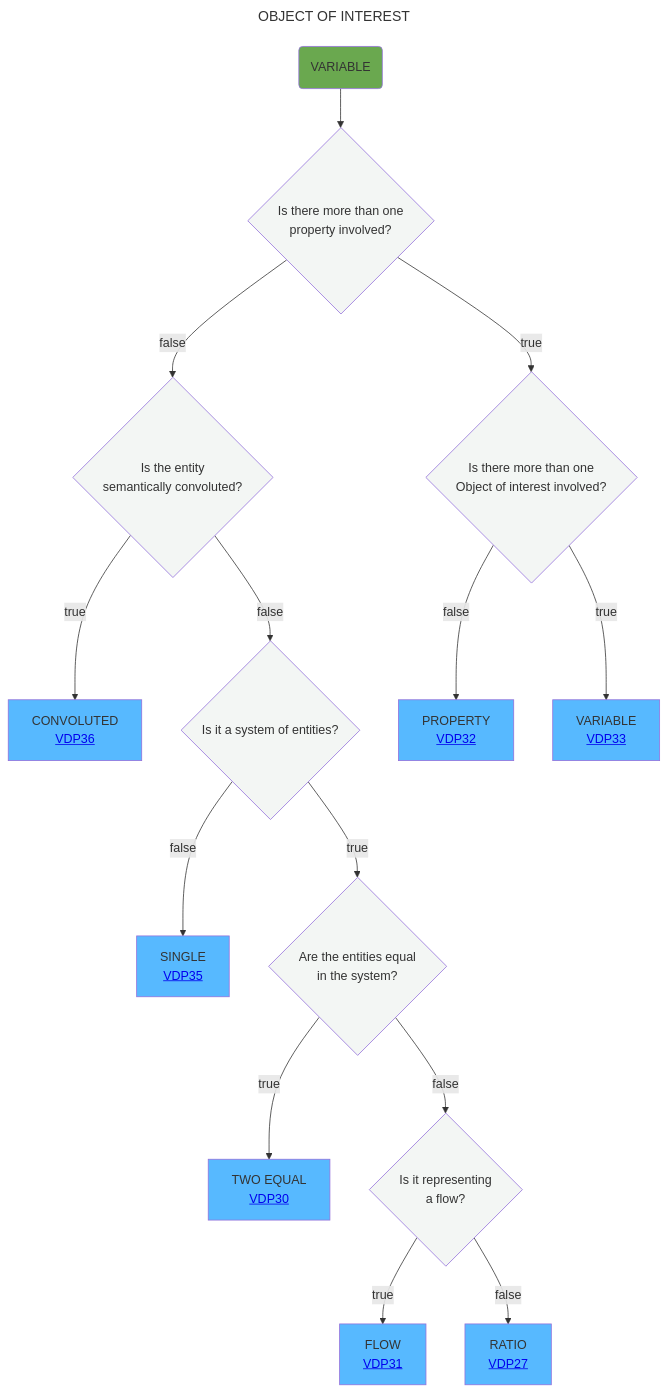
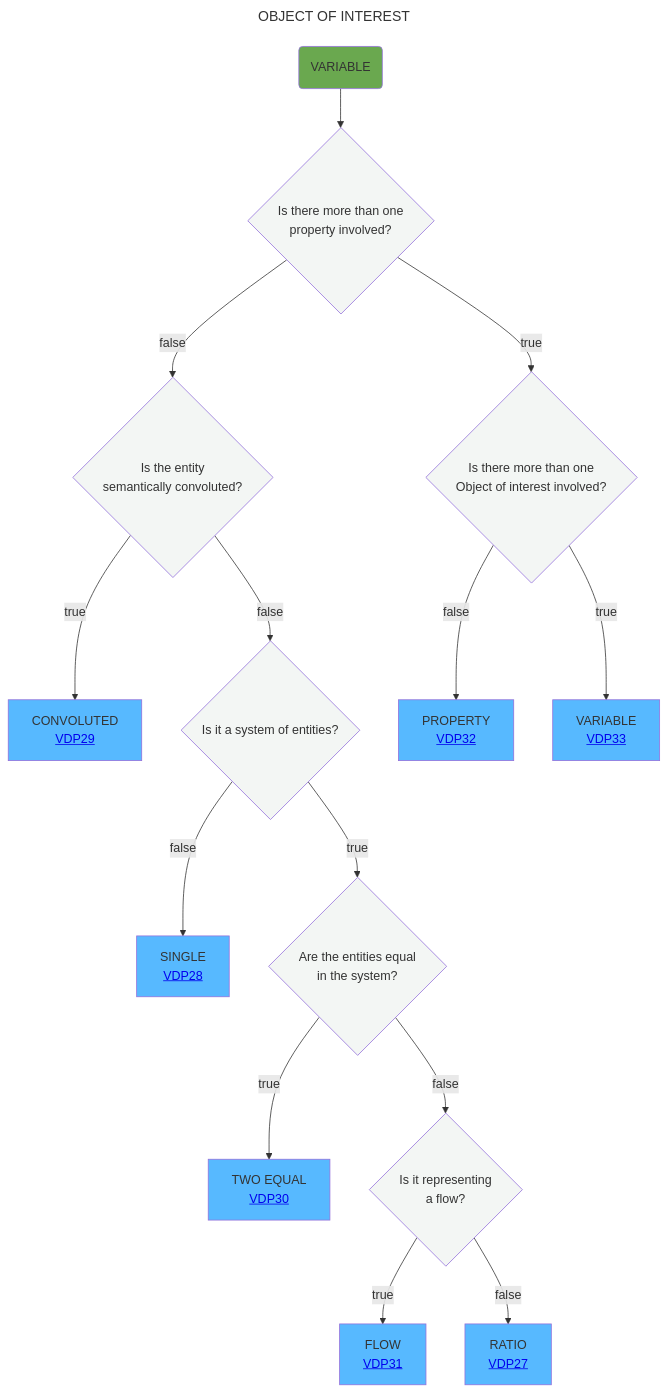
The diagram in Decisition_trees/DT5.mmd (mabablue/I-ADOPT-patterns-playground), drawn with Mermaid before and after one commit.

```diff
--- a/Decisition_trees/DT5.mmd
+++ b/Decisition_trees/DT5.mmd
@@ -1,21 +1,21 @@
 ---
 title: OBJECT OF INTEREST
 ---
 flowchart TD
     A(VARIABLE):::green --> AB{Is there more than one <br> property involved?}:::white
     AB --> |false|B{Is the entity <br> semantically convoluted?}:::white
     AB --> |true|O{Is there more than one <br> Object of interest involved?}:::white
-    B --> |true|C[CONVOLUTED <br> <a href='https://github.com/mabablue/I-ADOPT-patterns-playground/blob/main/pattern/VDP36.yaml'>VDP36</a>]:::satblue
+    B --> |true|C[CONVOLUTED <br> <a href='https://github.com/mabablue/I-ADOPT-patterns-playground/blob/main/pattern/VDP29.yaml'>VDP29</a>]:::satblue
     B --> |false|D{Is it a system of entities?}:::white
-    D --> |false|E[SINGLE <br> <a href='https://github.com/mabablue/I-ADOPT-patterns-playground/blob/main/pattern/VDP35.yaml'>VDP35</a>]:::satblue
+    D --> |false|E[SINGLE <br> <a href='https://github.com/mabablue/I-ADOPT-patterns-playground/blob/main/pattern/VDP28.yaml'>VDP28</a>]:::satblue
     D --> |true|F{Are the entities equal <br> in the system?}:::white
     F --> |true|G[TWO EQUAL <br> <a href='https://github.com/mabablue/I-ADOPT-patterns-playground/blob/main/pattern/VDP30.yaml'>VDP30</a>]:::satblue
     F --> |false|H{Is it representing <br> a flow?}:::white
     H --> |true|I[FLOW <br> <a href='https://github.com/mabablue/I-ADOPT-patterns-playground/blob/main/pattern/VDP31.yaml'>VDP31</a>]:::satblue
     H --> |false|J[RATIO <br> <a href='https://github.com/mabablue/I-ADOPT-patterns-playground/blob/main/pattern/VDP27.yaml'>VDP27</a>]:::satblue
     O --> |false|Q[PROPERTY <br> <a href='https://github.com/mabablue/I-ADOPT-patterns-playground/blob/main/pattern/VDP32.yaml'>VDP32</a>]:::satblue
     O --> |true|R[VARIABLE <br> <a href='https://github.com/mabablue/I-ADOPT-patterns-playground/blob/main/pattern/VDP33.yaml'>VDP33</a>]:::satblue
    classDef blue fill:#90D5FF
    classDef satblue fill:#57B9FF 
    classDef white fill:#f3f6f4
    classDef green fill:#6aa84f
```
